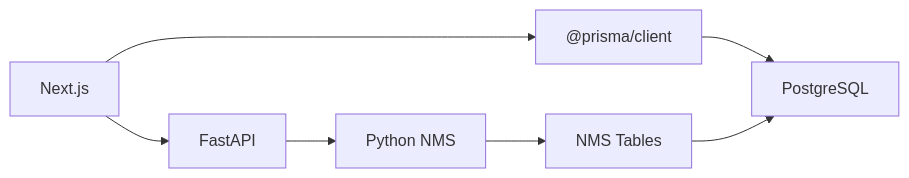
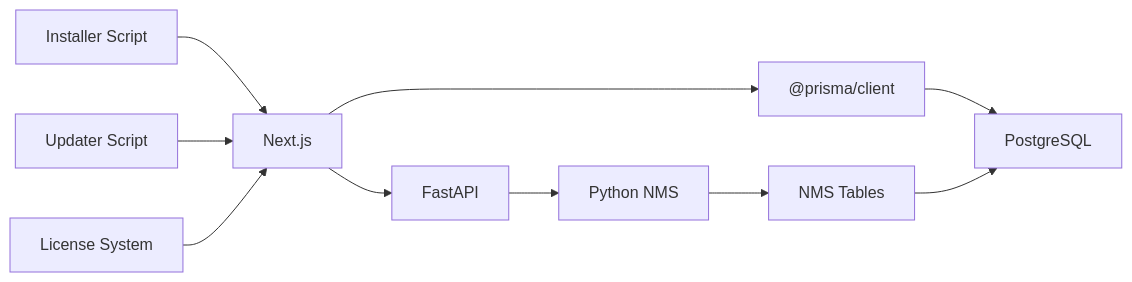
The sixth of 6 diagrams in .qoder/repowiki/en/content/Development & Deployment/Development & Deployment.md (celebigilfatih/infrascope), drawn with Mermaid before and after one commit. The commit also changed other lines of this file and 12 other files, not shown here.

````diff
--- a/.qoder/repowiki/en/content/Development & Deployment/Development & Deployment.md
+++ b/.qoder/repowiki/en/content/Development & Deployment/Development & Deployment.md
@@ -370,15 +480,21 @@
 ```mermaid
 graph LR
 NEXT["Next.js"]
 PRISMA["@prisma/client"]
 PG["PostgreSQL"]
 NMS_PY["Python NMS"]
 NMS_FASTAPI["FastAPI"]
 NMS_DB["NMS Tables"]
+INSTALL["Installer Script"]
+UPDATE["Updater Script"]
+LICENSE["License System"]
 NEXT --> PRISMA
 PRISMA --> PG
 NEXT --> NMS_FASTAPI
 NMS_FASTAPI --> NMS_PY
 NMS_PY --> NMS_DB
 NMS_DB --> PG
+INSTALL --> NEXT
+UPDATE --> NEXT
+LICENSE --> NEXT
 ```
````
